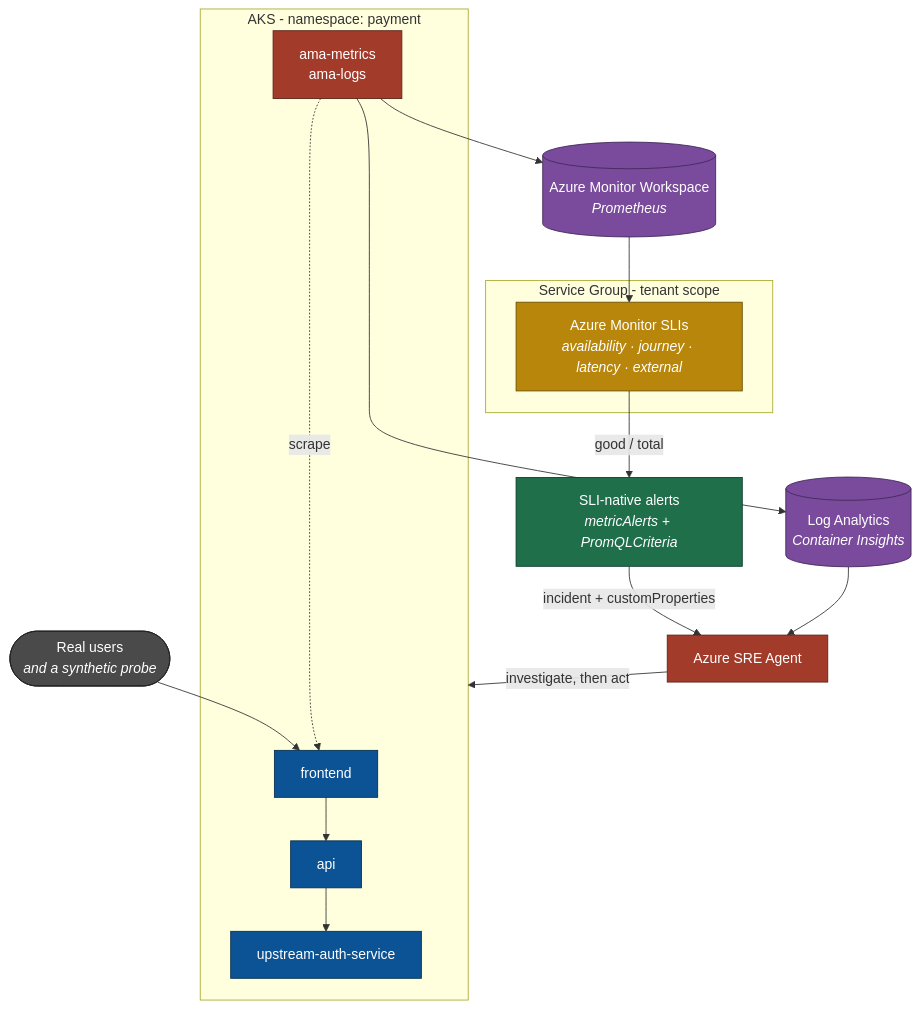
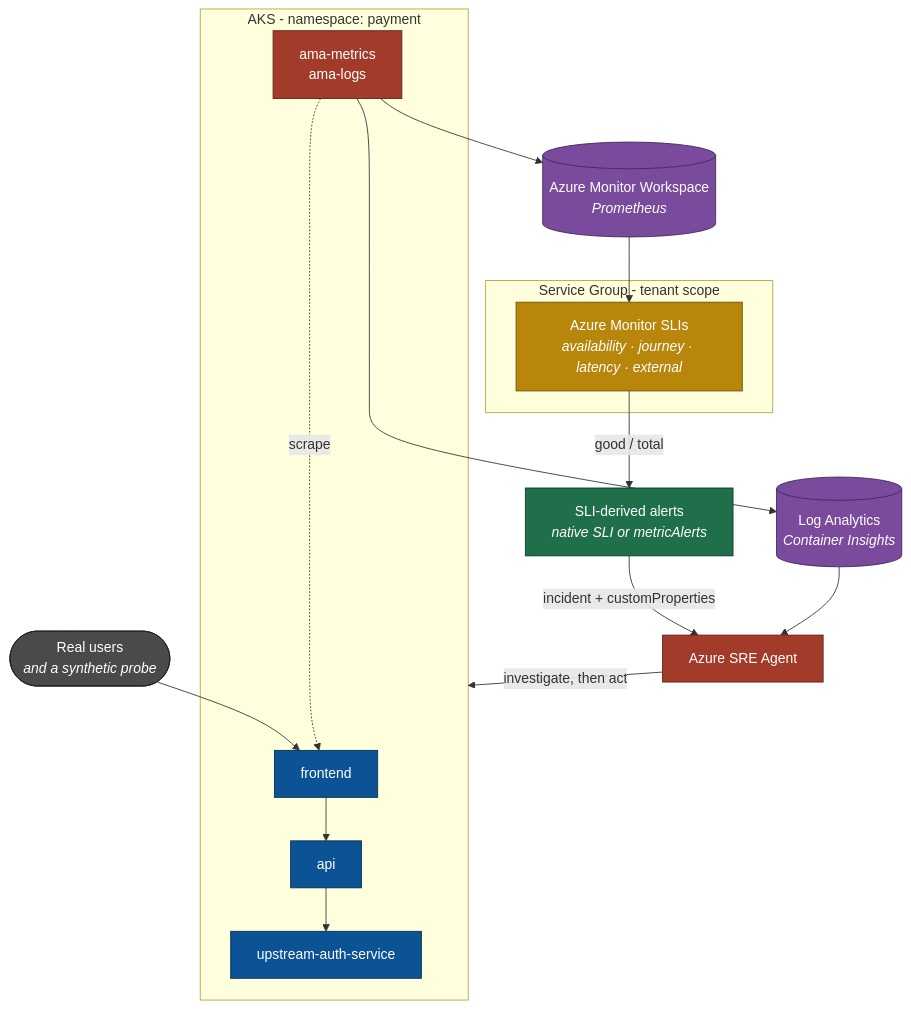
Before and after one commit to lukemurraynz/lukemurraynz.github.io: the first of 3 diagrams in blog/2026-08-13-azuresliazuresre/index.mdx, drawn with Mermaid. The commit also changed other lines of this file, not shown here.

````diff
--- a/blog/2026-08-13-azuresliazuresre/index.mdx
+++ b/blog/2026-08-13-azuresliazuresre/index.mdx
@@ -59,36 +68,36 @@
 ```mermaid
 flowchart TB
     users([Real users<br/><i>and a synthetic probe</i>]):::ext
 
     subgraph aks["AKS - namespace: payment"]
         fe["frontend"]:::app --> api["api"]:::app --> auth["upstream-auth-service"]:::app
         ama["ama-metrics<br/>ama-logs"]:::agent
     end
 
     amw[("Azure Monitor Workspace<br/><i>Prometheus</i>")]:::store
     law[("Log Analytics<br/><i>Container Insights</i>")]:::store
 
     subgraph tenant["Service Group - tenant scope"]
         slis["Azure Monitor SLIs<br/><i>availability · journey · latency · external</i>"]:::sli
     end
 
-    alerts["SLI-native alerts<br/><i>metricAlerts + PromQLCriteria</i>"]:::infra
+    alerts["SLI-derived alerts<br/><i>native SLI or metricAlerts</i>"]:::infra
     agent["Azure SRE Agent"]:::agent
 
     users --> fe
     ama -.scrape.-> fe
     ama --> amw
     ama --> law
     amw --> slis
     slis -->|"good / total"| alerts
     alerts -->|"incident + customProperties"| agent
     law --> agent
     agent -->|"investigate, then act"| aks
 
     classDef app fill:#0b5394,stroke:#062f4f,color:#fff
     classDef infra fill:#1f6f4a,stroke:#0d3b27,color:#fff
     classDef store fill:#7a4b9c,stroke:#42285a,color:#fff
     classDef sli fill:#b8860b,stroke:#6b4e07,color:#fff
     classDef agent fill:#a33b2a,stroke:#5c2118,color:#fff
     classDef ext fill:#4a4a4a,stroke:#222,color:#fff
 ```
````
